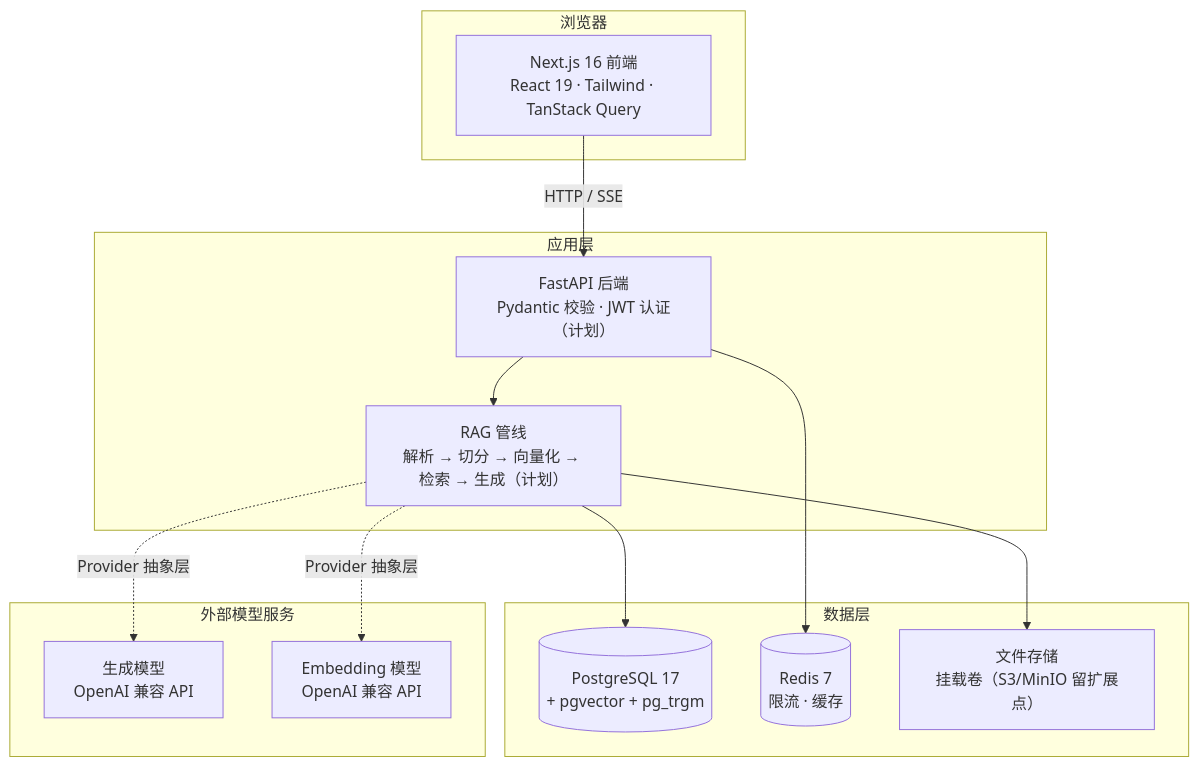
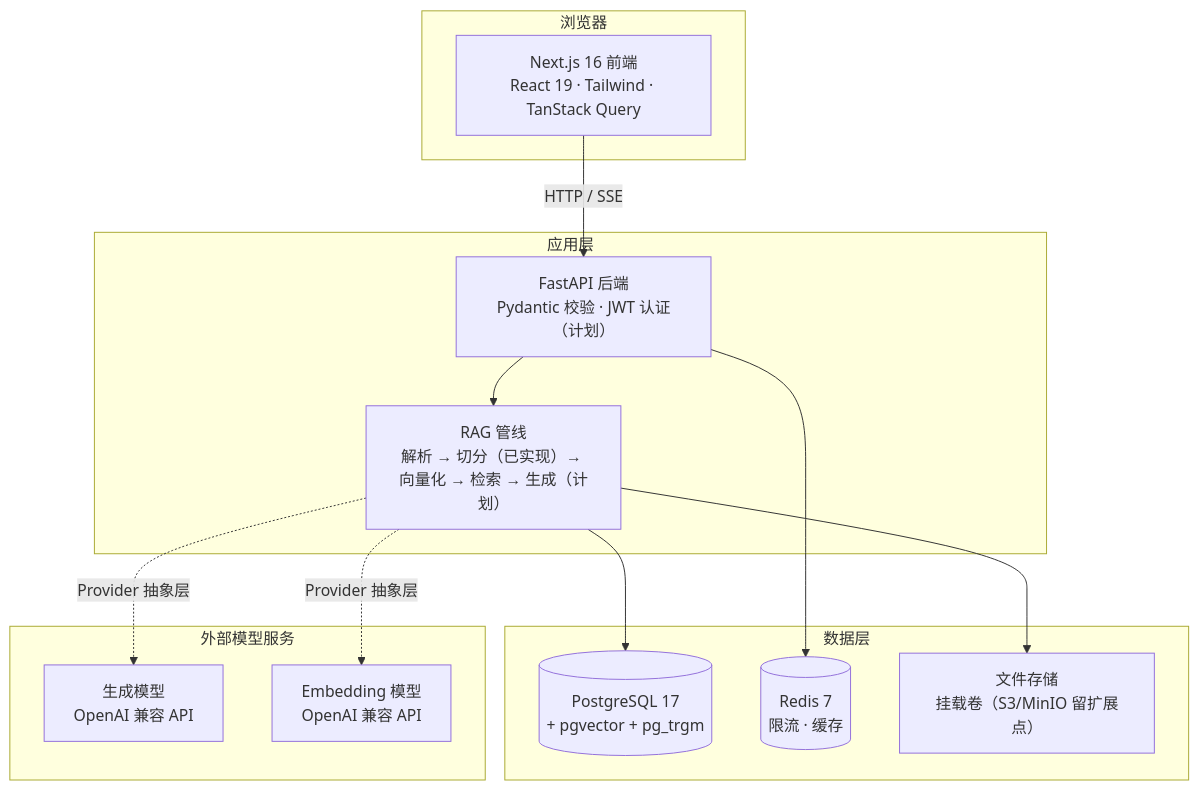
Before and after one commit to chenfugui0416/enterprise-rag-assistant: the first of 2 diagrams in docs/ARCHITECTURE.md, drawn with Mermaid. The commit also changed other lines of this file and 7 other files, not shown here.

````diff
--- a/docs/ARCHITECTURE.md
+++ b/docs/ARCHITECTURE.md
@@ -8,30 +8,30 @@
 ```mermaid
 flowchart TB
     subgraph Client["浏览器"]
         UI["Next.js 16 前端<br/>React 19 · Tailwind · TanStack Query"]
     end
 
     subgraph Server["应用层"]
         API["FastAPI 后端<br/>Pydantic 校验 · JWT 认证（计划）"]
-        RAG["RAG 管线<br/>解析 → 切分 → 向量化 → 检索 → 生成（计划）"]
+        RAG["RAG 管线<br/>解析 → 切分（已实现）→ 向量化 → 检索 → 生成（计划）"]
     end
 
     subgraph Data["数据层"]
         PG[("PostgreSQL 17<br/>+ pgvector + pg_trgm")]
         RD[("Redis 7<br/>限流 · 缓存")]
         FS["文件存储<br/>挂载卷（S3/MinIO 留扩展点）"]
     end
 
     subgraph External["外部模型服务"]
         LLM["生成模型<br/>OpenAI 兼容 API"]
         EMB["Embedding 模型<br/>OpenAI 兼容 API"]
     end
 
     UI -->|"HTTP / SSE"| API
     API --> RAG
     RAG --> PG
     RAG --> FS
     API --> RD
     RAG -.->|"Provider 抽象层"| LLM
     RAG -.->|"Provider 抽象层"| EMB
 ```
````
